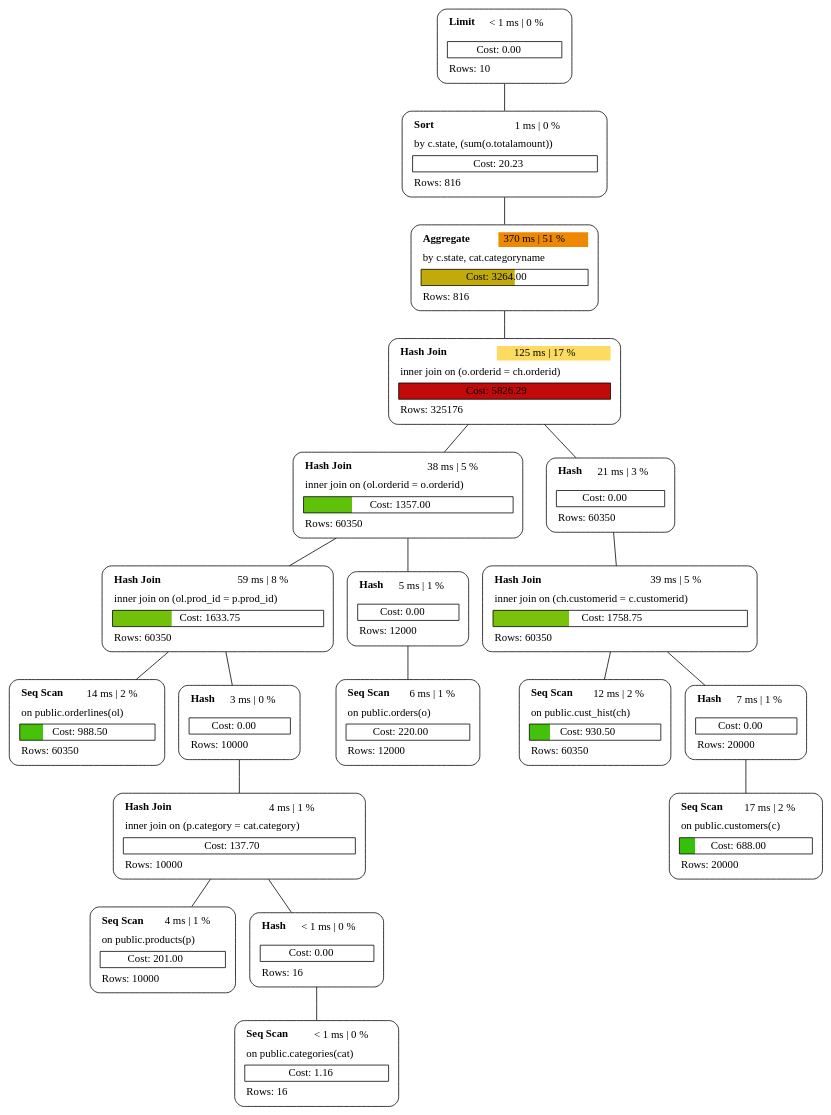
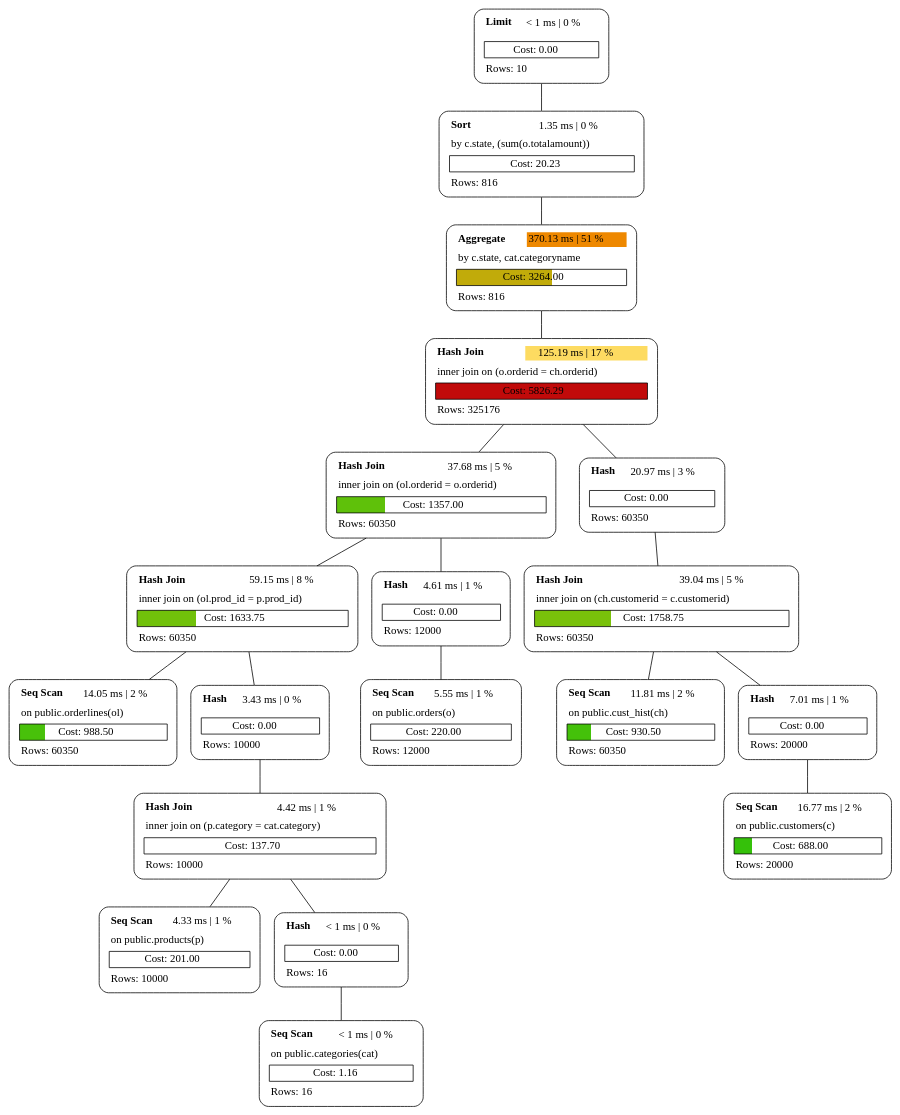
Before and after one commit to sanpii/explain: the diagram in examples/plan_5.dot, drawn with Graphviz. The commit also changed 10 other files, not shown here.

```diff
--- a/examples/plan_5.dot
+++ b/examples/plan_5.dot
@@ -1,39 +1,39 @@
 graph explain {
     node0[label=<<table border="0" cellborder="0" cellspacing="5"><tr><td align="left"><b>Limit</b></td><td>&lt; 1 ms | 0 %</td></tr><tr><td colspan="2" align="left"></td></tr><tr><td colspan="2" border="1" >Cost: 0.00</td></tr><tr><td colspan="2" align="left">Rows: 10</td></tr></table>>][style="rounded"][shape="box"];
-    node1[label=<<table border="0" cellborder="0" cellspacing="5"><tr><td align="left"><b>Sort</b></td><td bgcolor="white">1 ms | 0 %</td></tr><tr><td colspan="2" align="left">by c.state, (sum(o.totalamount))</td></tr><tr><td colspan="2" border="1" >Cost: 20.23</td></tr><tr><td colspan="2" align="left">Rows: 816</td></tr></table>>][style="rounded"][shape="box"];
-    node2[label=<<table border="0" cellborder="0" cellspacing="5"><tr><td align="left"><b>Aggregate</b></td><td bgcolor="#ee8800">370 ms | 51 %</td></tr><tr><td colspan="2" align="left">by c.state, cat.categoryname</td></tr><tr><td colspan="2" border="1" bgcolor="#c1ab0a;0.56:white">Cost: 3264.00</td></tr><tr><td colspan="2" align="left">Rows: 816</td></tr></table>>][style="rounded"][shape="box"];
-    node3[label=<<table border="0" cellborder="0" cellspacing="5"><tr><td align="left"><b>Hash Join</b></td><td bgcolor="#fddb61">125 ms | 17 %</td></tr><tr><td colspan="2" align="left">inner join on (o.orderid = ch.orderid)</td></tr><tr><td colspan="2" border="1" bgcolor="#c10a0a">Cost: 5826.29</td></tr><tr><td colspan="2" align="left">Rows: 325176</td></tr></table>>][style="rounded"][shape="box"];
-    node4[label=<<table border="0" cellborder="0" cellspacing="5"><tr><td align="left"><b>Hash Join</b></td><td bgcolor="white">38 ms | 5 %</td></tr><tr><td colspan="2" align="left">inner join on (ol.orderid = o.orderid)</td></tr><tr><td colspan="2" border="1" bgcolor="#5fc10a;0.23:white">Cost: 1357.00</td></tr><tr><td colspan="2" align="left">Rows: 60350</td></tr></table>>][style="rounded"][shape="box"];
-    node5[label=<<table border="0" cellborder="0" cellspacing="5"><tr><td align="left"><b>Hash Join</b></td><td bgcolor="white">59 ms | 8 %</td></tr><tr><td colspan="2" align="left">inner join on (ol.prod_id = p.prod_id)</td></tr><tr><td colspan="2" border="1" bgcolor="#71c10a;0.28:white">Cost: 1633.75</td></tr><tr><td colspan="2" align="left">Rows: 60350</td></tr></table>>][style="rounded"][shape="box"];
-    node6[label=<<table border="0" cellborder="0" cellspacing="5"><tr><td align="left"><b>Seq Scan</b></td><td bgcolor="white">14 ms | 2 %</td></tr><tr><td colspan="2" align="left">on public.orderlines(ol)</td></tr><tr><td colspan="2" border="1" bgcolor="#48c10a;0.17:white">Cost: 988.50</td></tr><tr><td colspan="2" align="left">Rows: 60350</td></tr></table>>][style="rounded"][shape="box"];
-    node7[label=<<table border="0" cellborder="0" cellspacing="5"><tr><td align="left"><b>Hash</b></td><td bgcolor="white">3 ms | 0 %</td></tr><tr><td colspan="2" align="left"></td></tr><tr><td colspan="2" border="1" >Cost: 0.00</td></tr><tr><td colspan="2" align="left">Rows: 10000</td></tr></table>>][style="rounded"][shape="box"];
-    node8[label=<<table border="0" cellborder="0" cellspacing="5"><tr><td align="left"><b>Hash Join</b></td><td bgcolor="white">4 ms | 1 %</td></tr><tr><td colspan="2" align="left">inner join on (p.category = cat.category)</td></tr><tr><td colspan="2" border="1" >Cost: 137.70</td></tr><tr><td colspan="2" align="left">Rows: 10000</td></tr></table>>][style="rounded"][shape="box"];
-    node9[label=<<table border="0" cellborder="0" cellspacing="5"><tr><td align="left"><b>Seq Scan</b></td><td bgcolor="white">4 ms | 1 %</td></tr><tr><td colspan="2" align="left">on public.products(p)</td></tr><tr><td colspan="2" border="1" >Cost: 201.00</td></tr><tr><td colspan="2" align="left">Rows: 10000</td></tr></table>>][style="rounded"][shape="box"];
+    node1[label=<<table border="0" cellborder="0" cellspacing="5"><tr><td align="left"><b>Sort</b></td><td bgcolor="white">1.35 ms | 0 %</td></tr><tr><td colspan="2" align="left">by c.state, (sum(o.totalamount))</td></tr><tr><td colspan="2" border="1" >Cost: 20.23</td></tr><tr><td colspan="2" align="left">Rows: 816</td></tr></table>>][style="rounded"][shape="box"];
+    node2[label=<<table border="0" cellborder="0" cellspacing="5"><tr><td align="left"><b>Aggregate</b></td><td bgcolor="#ee8800">370.13 ms | 51 %</td></tr><tr><td colspan="2" align="left">by c.state, cat.categoryname</td></tr><tr><td colspan="2" border="1" bgcolor="#c1ab0a;0.56:white">Cost: 3264.00</td></tr><tr><td colspan="2" align="left">Rows: 816</td></tr></table>>][style="rounded"][shape="box"];
+    node3[label=<<table border="0" cellborder="0" cellspacing="5"><tr><td align="left"><b>Hash Join</b></td><td bgcolor="#fddb61">125.19 ms | 17 %</td></tr><tr><td colspan="2" align="left">inner join on (o.orderid = ch.orderid)</td></tr><tr><td colspan="2" border="1" bgcolor="#c10a0a">Cost: 5826.29</td></tr><tr><td colspan="2" align="left">Rows: 325176</td></tr></table>>][style="rounded"][shape="box"];
+    node4[label=<<table border="0" cellborder="0" cellspacing="5"><tr><td align="left"><b>Hash Join</b></td><td bgcolor="white">37.68 ms | 5 %</td></tr><tr><td colspan="2" align="left">inner join on (ol.orderid = o.orderid)</td></tr><tr><td colspan="2" border="1" bgcolor="#5fc10a;0.23:white">Cost: 1357.00</td></tr><tr><td colspan="2" align="left">Rows: 60350</td></tr></table>>][style="rounded"][shape="box"];
+    node5[label=<<table border="0" cellborder="0" cellspacing="5"><tr><td align="left"><b>Hash Join</b></td><td bgcolor="white">59.15 ms | 8 %</td></tr><tr><td colspan="2" align="left">inner join on (ol.prod_id = p.prod_id)</td></tr><tr><td colspan="2" border="1" bgcolor="#71c10a;0.28:white">Cost: 1633.75</td></tr><tr><td colspan="2" align="left">Rows: 60350</td></tr></table>>][style="rounded"][shape="box"];
+    node6[label=<<table border="0" cellborder="0" cellspacing="5"><tr><td align="left"><b>Seq Scan</b></td><td bgcolor="white">14.05 ms | 2 %</td></tr><tr><td colspan="2" align="left">on public.orderlines(ol)</td></tr><tr><td colspan="2" border="1" bgcolor="#48c10a;0.17:white">Cost: 988.50</td></tr><tr><td colspan="2" align="left">Rows: 60350</td></tr></table>>][style="rounded"][shape="box"];
+    node7[label=<<table border="0" cellborder="0" cellspacing="5"><tr><td align="left"><b>Hash</b></td><td bgcolor="white">3.43 ms | 0 %</td></tr><tr><td colspan="2" align="left"></td></tr><tr><td colspan="2" border="1" >Cost: 0.00</td></tr><tr><td colspan="2" align="left">Rows: 10000</td></tr></table>>][style="rounded"][shape="box"];
+    node8[label=<<table border="0" cellborder="0" cellspacing="5"><tr><td align="left"><b>Hash Join</b></td><td bgcolor="white">4.42 ms | 1 %</td></tr><tr><td colspan="2" align="left">inner join on (p.category = cat.category)</td></tr><tr><td colspan="2" border="1" >Cost: 137.70</td></tr><tr><td colspan="2" align="left">Rows: 10000</td></tr></table>>][style="rounded"][shape="box"];
+    node9[label=<<table border="0" cellborder="0" cellspacing="5"><tr><td align="left"><b>Seq Scan</b></td><td bgcolor="white">4.33 ms | 1 %</td></tr><tr><td colspan="2" align="left">on public.products(p)</td></tr><tr><td colspan="2" border="1" >Cost: 201.00</td></tr><tr><td colspan="2" align="left">Rows: 10000</td></tr></table>>][style="rounded"][shape="box"];
     node10[label=<<table border="0" cellborder="0" cellspacing="5"><tr><td align="left"><b>Hash</b></td><td>&lt; 1 ms | 0 %</td></tr><tr><td colspan="2" align="left"></td></tr><tr><td colspan="2" border="1" >Cost: 0.00</td></tr><tr><td colspan="2" align="left">Rows: 16</td></tr></table>>][style="rounded"][shape="box"];
     node11[label=<<table border="0" cellborder="0" cellspacing="5"><tr><td align="left"><b>Seq Scan</b></td><td>&lt; 1 ms | 0 %</td></tr><tr><td colspan="2" align="left">on public.categories(cat)</td></tr><tr><td colspan="2" border="1" >Cost: 1.16</td></tr><tr><td colspan="2" align="left">Rows: 16</td></tr></table>>][style="rounded"][shape="box"];
-    node12[label=<<table border="0" cellborder="0" cellspacing="5"><tr><td align="left"><b>Hash</b></td><td bgcolor="white">5 ms | 1 %</td></tr><tr><td colspan="2" align="left"></td></tr><tr><td colspan="2" border="1" >Cost: 0.00</td></tr><tr><td colspan="2" align="left">Rows: 12000</td></tr></table>>][style="rounded"][shape="box"];
-    node13[label=<<table border="0" cellborder="0" cellspacing="5"><tr><td align="left"><b>Seq Scan</b></td><td bgcolor="white">6 ms | 1 %</td></tr><tr><td colspan="2" align="left">on public.orders(o)</td></tr><tr><td colspan="2" border="1" >Cost: 220.00</td></tr><tr><td colspan="2" align="left">Rows: 12000</td></tr></table>>][style="rounded"][shape="box"];
-    node14[label=<<table border="0" cellborder="0" cellspacing="5"><tr><td align="left"><b>Hash</b></td><td bgcolor="white">21 ms | 3 %</td></tr><tr><td colspan="2" align="left"></td></tr><tr><td colspan="2" border="1" >Cost: 0.00</td></tr><tr><td colspan="2" align="left">Rows: 60350</td></tr></table>>][style="rounded"][shape="box"];
-    node15[label=<<table border="0" cellborder="0" cellspacing="5"><tr><td align="left"><b>Hash Join</b></td><td bgcolor="white">39 ms | 5 %</td></tr><tr><td colspan="2" align="left">inner join on (ch.customerid = c.customerid)</td></tr><tr><td colspan="2" border="1" bgcolor="#79c10a;0.30:white">Cost: 1758.75</td></tr><tr><td colspan="2" align="left">Rows: 60350</td></tr></table>>][style="rounded"][shape="box"];
-    node16[label=<<table border="0" cellborder="0" cellspacing="5"><tr><td align="left"><b>Seq Scan</b></td><td bgcolor="white">12 ms | 2 %</td></tr><tr><td colspan="2" align="left">on public.cust_hist(ch)</td></tr><tr><td colspan="2" border="1" bgcolor="#44c10a;0.16:white">Cost: 930.50</td></tr><tr><td colspan="2" align="left">Rows: 60350</td></tr></table>>][style="rounded"][shape="box"];
-    node17[label=<<table border="0" cellborder="0" cellspacing="5"><tr><td align="left"><b>Hash</b></td><td bgcolor="white">7 ms | 1 %</td></tr><tr><td colspan="2" align="left"></td></tr><tr><td colspan="2" border="1" >Cost: 0.00</td></tr><tr><td colspan="2" align="left">Rows: 20000</td></tr></table>>][style="rounded"][shape="box"];
-    node18[label=<<table border="0" cellborder="0" cellspacing="5"><tr><td align="left"><b>Seq Scan</b></td><td bgcolor="white">17 ms | 2 %</td></tr><tr><td colspan="2" align="left">on public.customers(c)</td></tr><tr><td colspan="2" border="1" bgcolor="#35c10a;0.12:white">Cost: 688.00</td></tr><tr><td colspan="2" align="left">Rows: 20000</td></tr></table>>][style="rounded"][shape="box"];
+    node12[label=<<table border="0" cellborder="0" cellspacing="5"><tr><td align="left"><b>Hash</b></td><td bgcolor="white">4.61 ms | 1 %</td></tr><tr><td colspan="2" align="left"></td></tr><tr><td colspan="2" border="1" >Cost: 0.00</td></tr><tr><td colspan="2" align="left">Rows: 12000</td></tr></table>>][style="rounded"][shape="box"];
+    node13[label=<<table border="0" cellborder="0" cellspacing="5"><tr><td align="left"><b>Seq Scan</b></td><td bgcolor="white">5.55 ms | 1 %</td></tr><tr><td colspan="2" align="left">on public.orders(o)</td></tr><tr><td colspan="2" border="1" >Cost: 220.00</td></tr><tr><td colspan="2" align="left">Rows: 12000</td></tr></table>>][style="rounded"][shape="box"];
+    node14[label=<<table border="0" cellborder="0" cellspacing="5"><tr><td align="left"><b>Hash</b></td><td bgcolor="white">20.97 ms | 3 %</td></tr><tr><td colspan="2" align="left"></td></tr><tr><td colspan="2" border="1" >Cost: 0.00</td></tr><tr><td colspan="2" align="left">Rows: 60350</td></tr></table>>][style="rounded"][shape="box"];
+    node15[label=<<table border="0" cellborder="0" cellspacing="5"><tr><td align="left"><b>Hash Join</b></td><td bgcolor="white">39.04 ms | 5 %</td></tr><tr><td colspan="2" align="left">inner join on (ch.customerid = c.customerid)</td></tr><tr><td colspan="2" border="1" bgcolor="#79c10a;0.30:white">Cost: 1758.75</td></tr><tr><td colspan="2" align="left">Rows: 60350</td></tr></table>>][style="rounded"][shape="box"];
+    node16[label=<<table border="0" cellborder="0" cellspacing="5"><tr><td align="left"><b>Seq Scan</b></td><td bgcolor="white">11.81 ms | 2 %</td></tr><tr><td colspan="2" align="left">on public.cust_hist(ch)</td></tr><tr><td colspan="2" border="1" bgcolor="#44c10a;0.16:white">Cost: 930.50</td></tr><tr><td colspan="2" align="left">Rows: 60350</td></tr></table>>][style="rounded"][shape="box"];
+    node17[label=<<table border="0" cellborder="0" cellspacing="5"><tr><td align="left"><b>Hash</b></td><td bgcolor="white">7.01 ms | 1 %</td></tr><tr><td colspan="2" align="left"></td></tr><tr><td colspan="2" border="1" >Cost: 0.00</td></tr><tr><td colspan="2" align="left">Rows: 20000</td></tr></table>>][style="rounded"][shape="box"];
+    node18[label=<<table border="0" cellborder="0" cellspacing="5"><tr><td align="left"><b>Seq Scan</b></td><td bgcolor="white">16.77 ms | 2 %</td></tr><tr><td colspan="2" align="left">on public.customers(c)</td></tr><tr><td colspan="2" border="1" bgcolor="#35c10a;0.12:white">Cost: 688.00</td></tr><tr><td colspan="2" align="left">Rows: 20000</td></tr></table>>][style="rounded"][shape="box"];
     node0 -- node1[label=""];
     node1 -- node2[label=""];
     node2 -- node3[label=""];
     node3 -- node4[label=""];
     node4 -- node5[label=""];
     node5 -- node6[label=""];
     node5 -- node7[label=""];
     node7 -- node8[label=""];
     node8 -- node9[label=""];
     node8 -- node10[label=""];
     node10 -- node11[label=""];
     node4 -- node12[label=""];
     node12 -- node13[label=""];
     node3 -- node14[label=""];
     node14 -- node15[label=""];
     node15 -- node16[label=""];
     node15 -- node17[label=""];
     node17 -- node18[label=""];
 }
```
